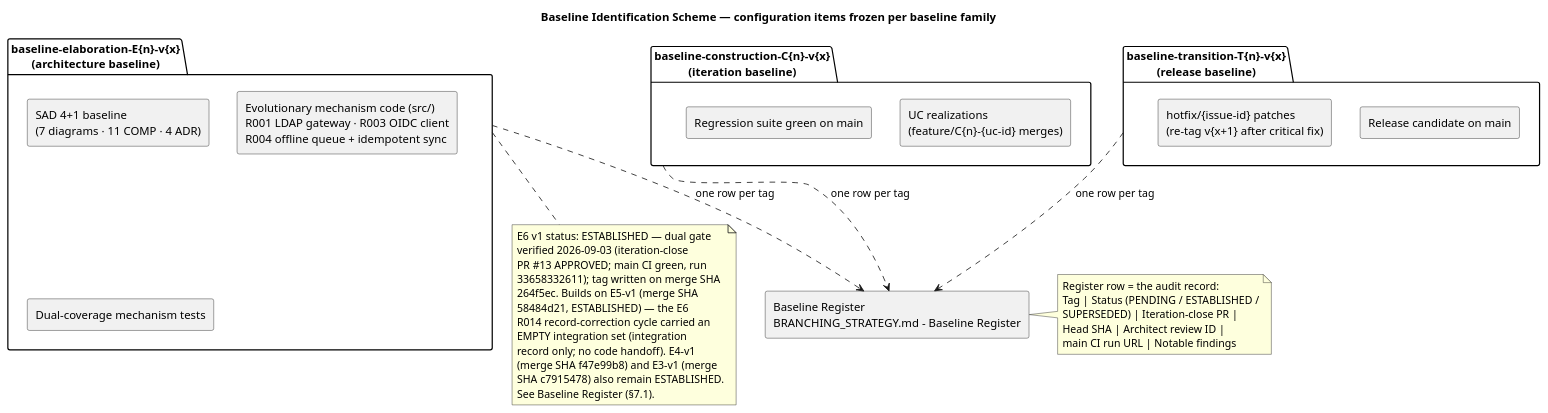
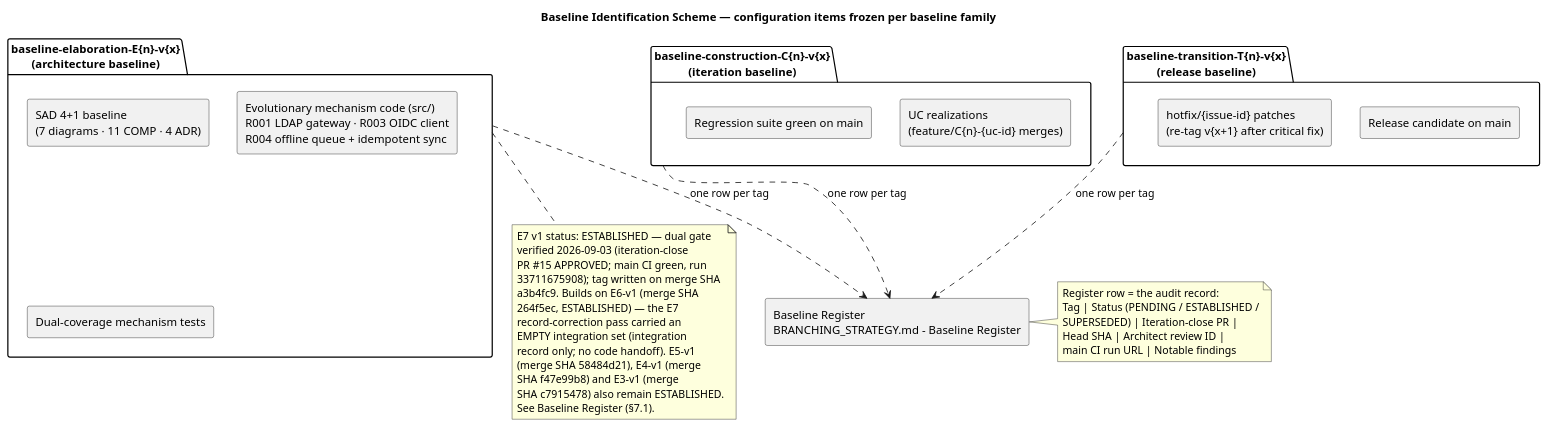
The eighth of 8 diagrams in docs/BRANCHING_STRATEGY.md (banense-test/employee-portal), drawn with PlantUML before and after one commit. The commit also changed other lines of this file, not shown here.

Commit message:
docs: BRANCHING_STRATEGY E7 close — baseline-elaboration-E7-v1 ESTABLISHED (iteration-close PR #15 APPROVED, main CI green run 33711675908, merge SHA a3b4fc9); E7 lifecycle diagram + position + register row recorded; CM plan baseline identification scheme updated (Elaboration Iter 7 work order)

````diff
--- a/docs/BRANCHING_STRATEGY.md
+++ b/docs/BRANCHING_STRATEGY.md
@@ -668,52 +767,53 @@
 ```plantuml
 @startuml
 title Baseline Identification Scheme — configuration items frozen per baseline family
 
 skinparam componentStyle rectangle
 
 package "baseline-elaboration-E{n}-v{x}\n(architecture baseline)" as ELAB {
   component "SAD 4+1 baseline\n(7 diagrams · 11 COMP · 4 ADR)" as SAD_V
   component "Evolutionary mechanism code (src/)\nR001 LDAP gateway · R003 OIDC client\nR004 offline queue + idempotent sync" as MECH_C
   component "Dual-coverage mechanism tests" as MECH_T
 }
 
 package "baseline-construction-C{n}-v{x}\n(iteration baseline)" as CONS {
   component "UC realizations\n(feature/C{n}-{uc-id} merges)" as UC_R
   component "Regression suite green on main" as REG_S
 }
 
 package "baseline-transition-T{n}-v{x}\n(release baseline)" as TRANS {
   component "Release candidate on main" as REL_C
   component "hotfix/{issue-id} patches\n(re-tag v{x+1} after critical fix)" as HOT_P
 }
 
 component "Baseline Register\nBRANCHING_STRATEGY.md - Baseline Register" as REG
 
 ELAB ..> REG : one row per tag
 CONS ..> REG : one row per tag
 TRANS ..> REG : one row per tag
 
 note bottom of ELAB
-  E6 v1 status: ESTABLISHED — dual gate
+  E7 v1 status: ESTABLISHED — dual gate
   verified 2026-09-03 (iteration-close
-  PR #13 APPROVED; main CI green, run
-  33658332611); tag written on merge SHA
-  264f5ec. Builds on E5-v1 (merge SHA
-  58484d21, ESTABLISHED) — the E6
-  R014 record-correction cycle carried an
+  PR #15 APPROVED; main CI green, run
+  33711675908); tag written on merge SHA
+  a3b4fc9. Builds on E6-v1 (merge SHA
+  264f5ec, ESTABLISHED) — the E7
+  record-correction pass carried an
   EMPTY integration set (integration
-  record only; no code handoff). E4-v1
-  (merge SHA f47e99b8) and E3-v1 (merge
+  record only; no code handoff). E5-v1
+  (merge SHA 58484d21), E4-v1 (merge
+  SHA f47e99b8) and E3-v1 (merge
   SHA c7915478) also remain ESTABLISHED.
   See Baseline Register (§7.1).
 end note
 
 note right of REG
   Register row = the audit record:
   Tag | Status (PENDING / ESTABLISHED /
   SUPERSEDED) | Iteration-close PR |
   Head SHA | Architect review ID |
   main CI run URL | Notable findings
 end note
 @enduml
 ```
````
